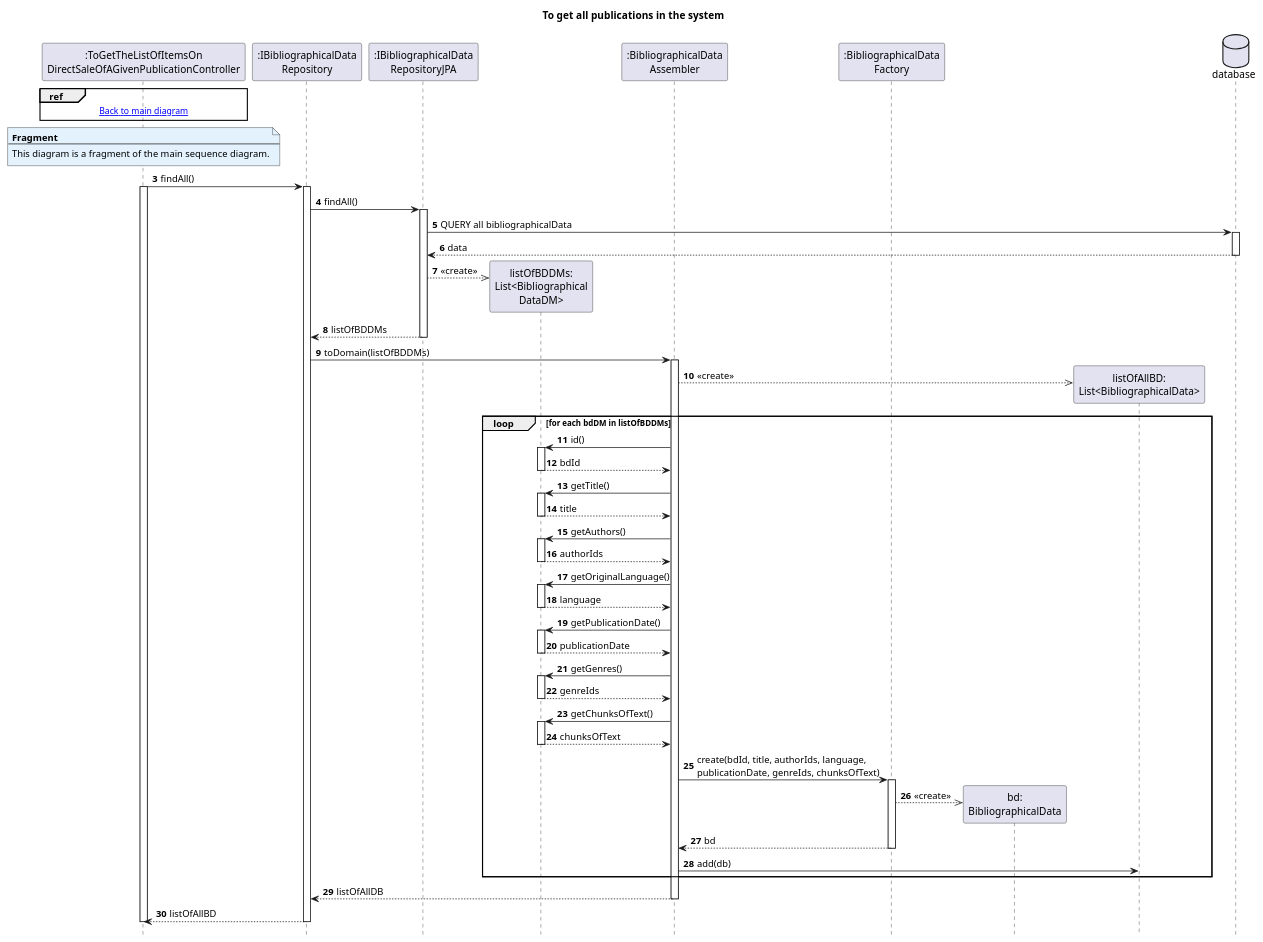
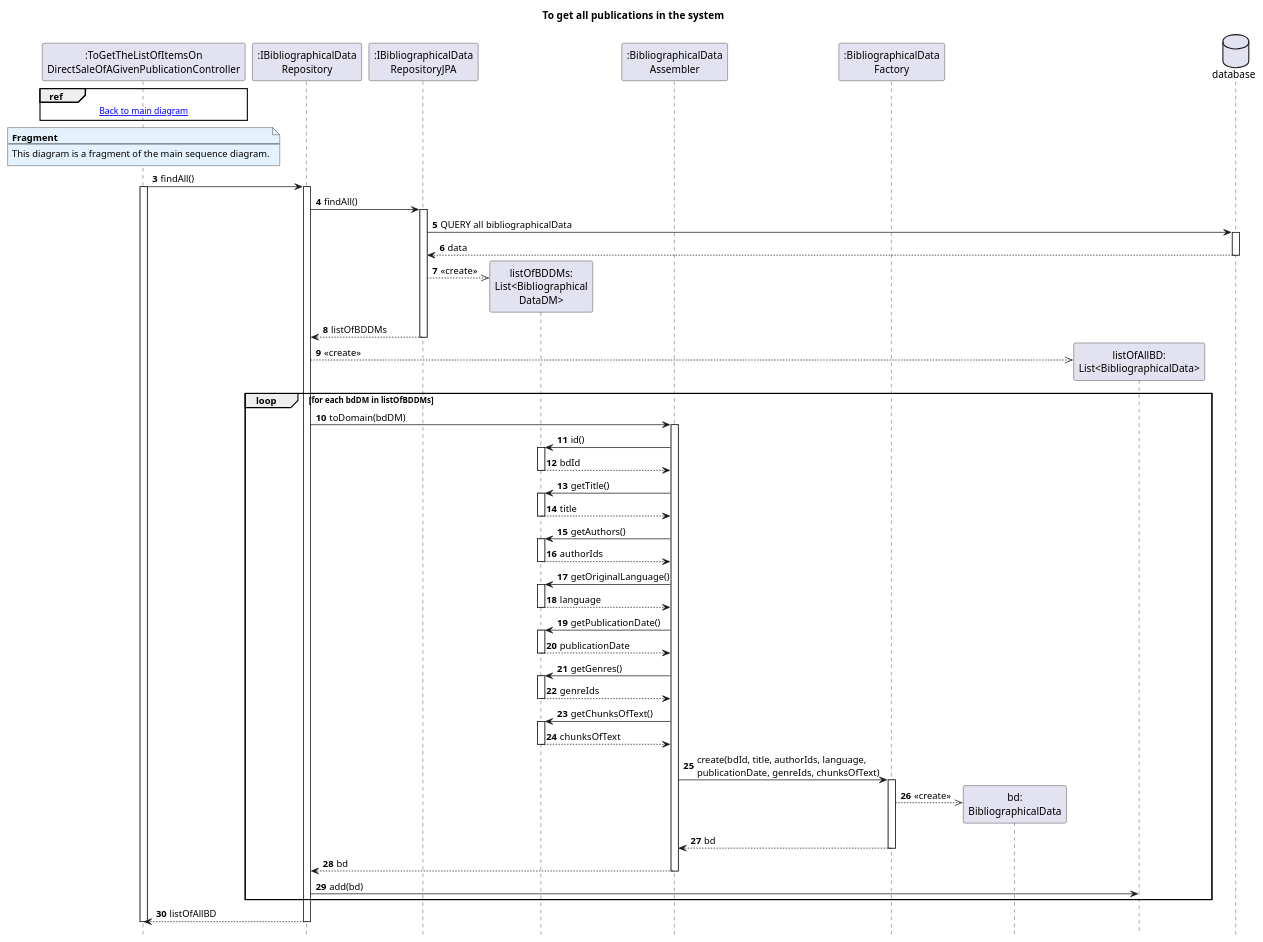
One commit to AndrePereiraGitH/SWitCH-Project-Team_A changed the diagram in Diagrams/SequenceDiagrams/N2/To-get-the-list-of-items-on-direct-sale-of-a-given-publication/2.GetAllPublications.puml. Above: the diagram before and after it, drawn with PlantUML. The commit also changed 3 other files, not shown here.

```diff
--- a/Diagrams/SequenceDiagrams/N2/To-get-the-list-of-items-on-direct-sale-of-a-given-publication/2.GetAllPublications.puml
+++ b/Diagrams/SequenceDiagrams/N2/To-get-the-list-of-items-on-direct-sale-of-a-given-publication/2.GetAllPublications.puml
@@ -1,92 +1,94 @@
 @startuml
 hide footbox
 autonumber 3
 title To get all publications in the system
 
 ' Controller
 participant ":ToGetTheListOfItemsOn\nDirectSaleOfAGivenPublicationController" as Ctrl
 
 ' Bibliographical Data
 participant ":IBibliographicalData\nRepository" as BDRepo
 participant ":IBibliographicalData\nRepositoryJPA" as BDRepoJPA
 participant "listOfBDDMs:\nList<Bibliographical\nDataDM>" as listBDDM
 participant ":BibliographicalData\nAssembler" as BDAss
 participant ":BibliographicalData\nFactory" as BDFact
 participant "bd:\nBibliographicalData" as BD
 participant "listOfAllBD:\nList<BibliographicalData>" as listAllBD
 
 
 ' Database
 database "database" as DB
 
 ref over Ctrl
 [[1.MainDiagram.puml Back to main diagram]]
 end ref
 
 note over Ctrl #E3F2FD
 <b>Fragment</b>
 ---
 This diagram is a fragment of the main sequence diagram.
 end note
 
 ' Section 1 - Get all publications
 Ctrl -> BDRepo: findAll()
 activate Ctrl
 activate BDRepo
 BDRepo -> BDRepoJPA: findAll()
 activate BDRepoJPA
 BDRepoJPA -> DB: QUERY all bibliographicalData
 activate DB
 DB --> BDRepoJPA: data
 deactivate DB
 BDRepoJPA -->> listBDDM ** : «create»
 BDRepoJPA --> BDRepo: listOfBDDMs
 deactivate BDRepoJPA
 
-BDRepo -> BDAss: toDomain(listOfBDDMs)
-activate BDAss
-BDAss -->> listAllBD **: «create»
+BDRepo -->> listAllBD **: «create»
 loop for each bdDM in listOfBDDMs
+    BDRepo -> BDAss: toDomain(bdDM)
+    activate BDAss
     BDAss -> listBDDM: id()
     activate listBDDM
     listBDDM --> BDAss: bdId
     deactivate listBDDM
     BDAss -> listBDDM: getTitle()
     activate listBDDM
     listBDDM --> BDAss: title
     deactivate listBDDM
     BDAss -> listBDDM: getAuthors()
     activate listBDDM
     listBDDM --> BDAss: authorIds
     deactivate listBDDM
     BDAss -> listBDDM: getOriginalLanguage()
     activate listBDDM
     listBDDM --> BDAss: language
     deactivate listBDDM
     BDAss -> listBDDM: getPublicationDate()
     activate listBDDM
     listBDDM --> BDAss: publicationDate
     deactivate listBDDM
     BDAss -> listBDDM: getGenres()
     activate listBDDM
     listBDDM --> BDAss: genreIds
     deactivate listBDDM
     BDAss -> listBDDM: getChunksOfText()
     activate listBDDM
     listBDDM --> BDAss: chunksOfText
     deactivate listBDDM
     BDAss -> BDFact: create(bdId, title, authorIds, language,\npublicationDate, genreIds, chunksOfText)
     activate BDFact
     BDFact -->> BD ** : «create»
     BDFact --> BDAss: bd
     deactivate BDFact
-    BDAss -> listAllBD : add(db)
+    BDAss --> BDRepo: bd
+    deactivate BDAss
+    BDRepo -> listAllBD : add(bd)
 end
-BDAss --> BDRepo: listOfAllDB
-deactivate BDAss
+
+
 BDRepo --> Ctrl: listOfAllBD
 deactivate BDRepo
 deactivate Ctrl
 
 
 @enduml
```
